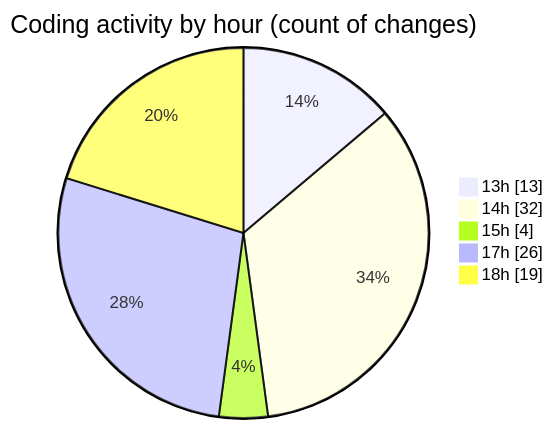
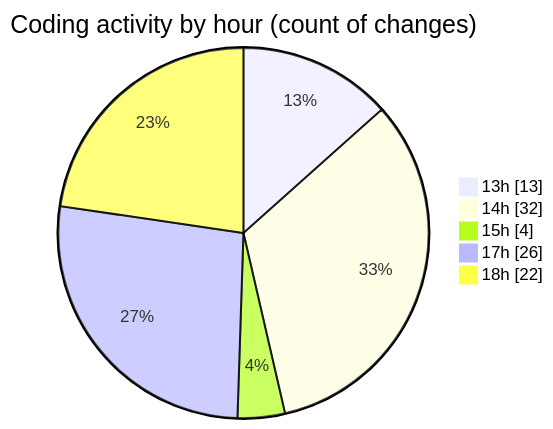
The second of 2 diagrams in 2025-06-05/nxtqube_webapp/README.md (nxtqubesakshisongat/code-tracking), drawn with Mermaid before and after one commit. The commit also changed other lines of this file and 1 other file, not shown here.

````diff
--- a/2025-06-05/nxtqube_webapp/README.md
+++ b/2025-06-05/nxtqube_webapp/README.md
@@ -35,9 +36,9 @@
 ```mermaid
 pie showData
 title Coding activity by hour (count of changes)
 "13h" : 13
 "14h" : 32
 "15h" : 4
 "17h" : 26
-"18h" : 19
+"18h" : 22
 ```
````
